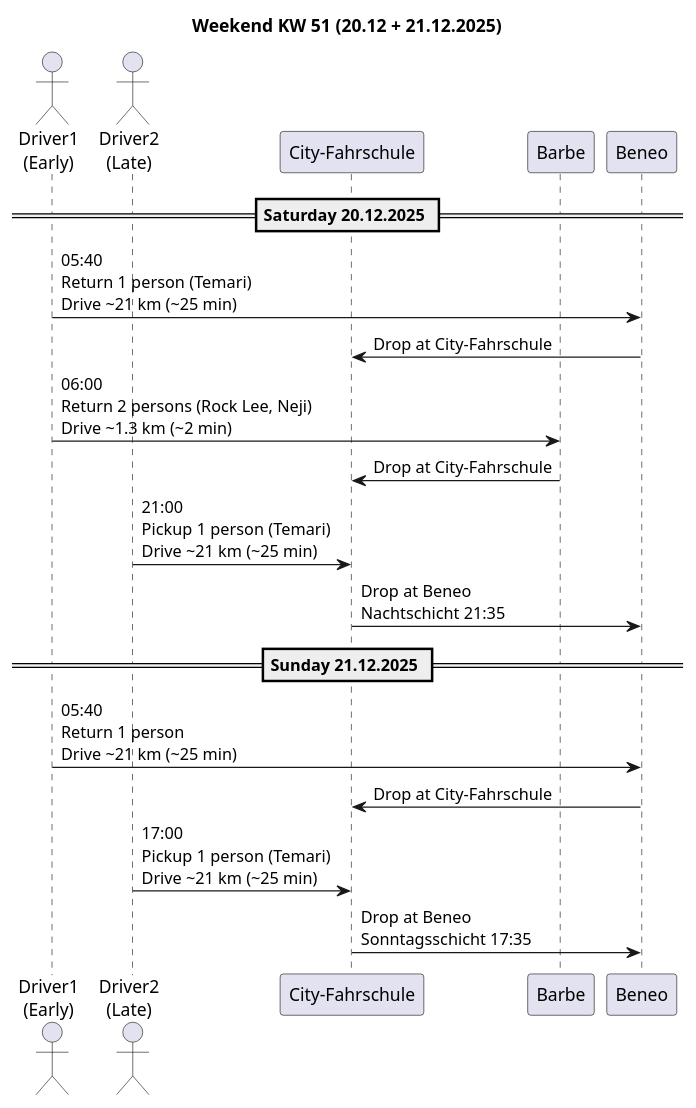
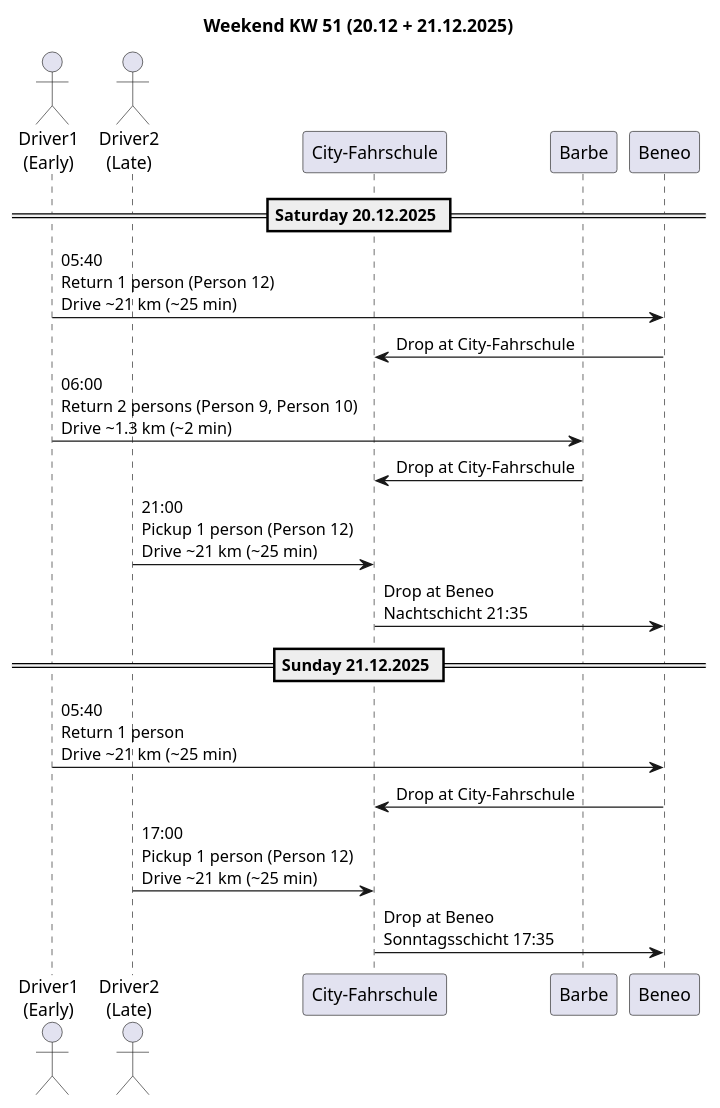
One commit to proCaj/EmployeeRideSolver changed the fourth of 5 diagrams in visualization-data.md. Above: the diagram before and after it, drawn with PlantUML. The commit also changed other lines of this file and 25 other files, not shown here.

````diff
--- a/visualization-data.md
+++ b/visualization-data.md
@@ -227,29 +227,29 @@
 ```plantuml
 @startuml Weekend_KW51
 title Weekend KW 51 (20.12 + 21.12.2025)
 
 actor "Driver1\n(Early)" as D1
 actor "Driver2\n(Late)" as D2
 participant "City-Fahrschule" as H
 participant "Barbe" as B
 participant "Beneo" as BN
 
 == Saturday 20.12.2025 ==
-D1 -> BN : 05:40\nReturn 1 person (Temari)\nDrive ~21 km (~25 min)
+D1 -> BN : 05:40\nReturn 1 person (Person 12)\nDrive ~21 km (~25 min)
 BN -> H : Drop at City-Fahrschule
 
-D1 -> B : 06:00\nReturn 2 persons (Rock Lee, Neji)\nDrive ~1.3 km (~2 min)
+D1 -> B : 06:00\nReturn 2 persons (Person 9, Person 10)\nDrive ~1.3 km (~2 min)
 B -> H : Drop at City-Fahrschule
 
-D2 -> H : 21:00\nPickup 1 person (Temari)\nDrive ~21 km (~25 min)
+D2 -> H : 21:00\nPickup 1 person (Person 12)\nDrive ~21 km (~25 min)
 H -> BN : Drop at Beneo\nNachtschicht 21:35
 
 == Sunday 21.12.2025 ==
 D1 -> BN : 05:40\nReturn 1 person\nDrive ~21 km (~25 min)
 BN -> H : Drop at City-Fahrschule
 
-D2 -> H : 17:00\nPickup 1 person (Temari)\nDrive ~21 km (~25 min)
+D2 -> H : 17:00\nPickup 1 person (Person 12)\nDrive ~21 km (~25 min)
 H -> BN : Drop at Beneo\nSonntagsschicht 17:35
 
 @enduml
 ```
````
